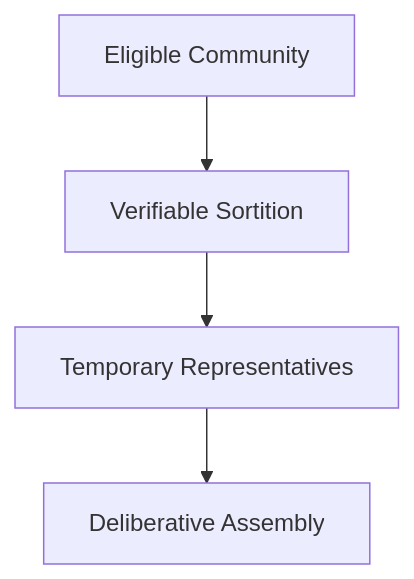
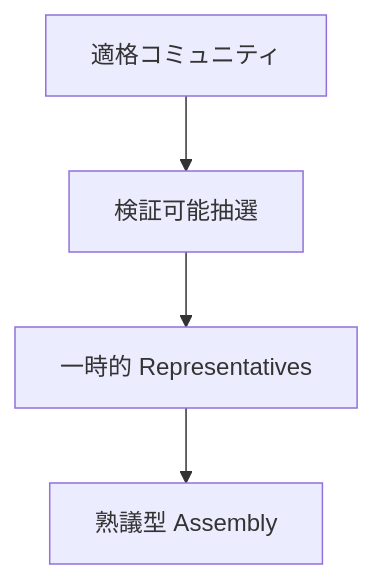
One commit to ShigeichiroYamasaki/creator-first-platform changed the sixth of 17 diagrams in docs/whitepaper/01-vision.md. Above: the diagram before and after it, drawn with Mermaid. The commit also changed other lines of this file and 72 other files, not shown here.

````diff
--- a/docs/whitepaper/01-vision.md
+++ b/docs/whitepaper/01-vision.md
@@ -162,9 +162,9 @@
 ```mermaid
 flowchart TD
-    COMMUNITY[Eligible Community]
-    RANDOM[Verifiable Sortition]
-    REPS[Temporary Representatives]
-    DELIB[Deliberative Assembly]
+    COMMUNITY[適格コミュニティ]
+    RANDOM[検証可能抽選]
+    REPS[一時的 Representatives]
+    DELIB[熟議型 Assembly]
 
     COMMUNITY --> RANDOM --> REPS --> DELIB
 ```
````
